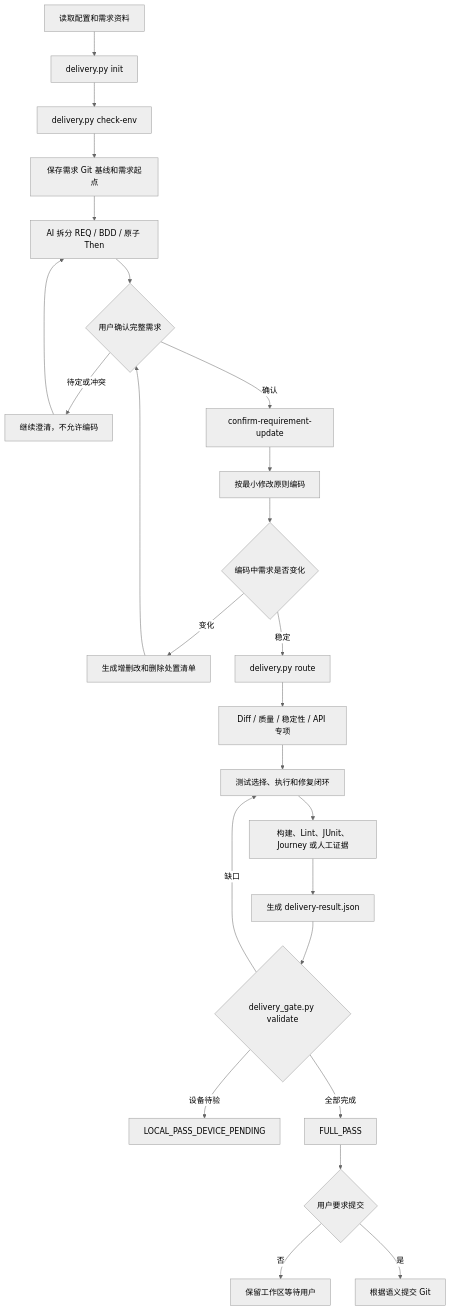
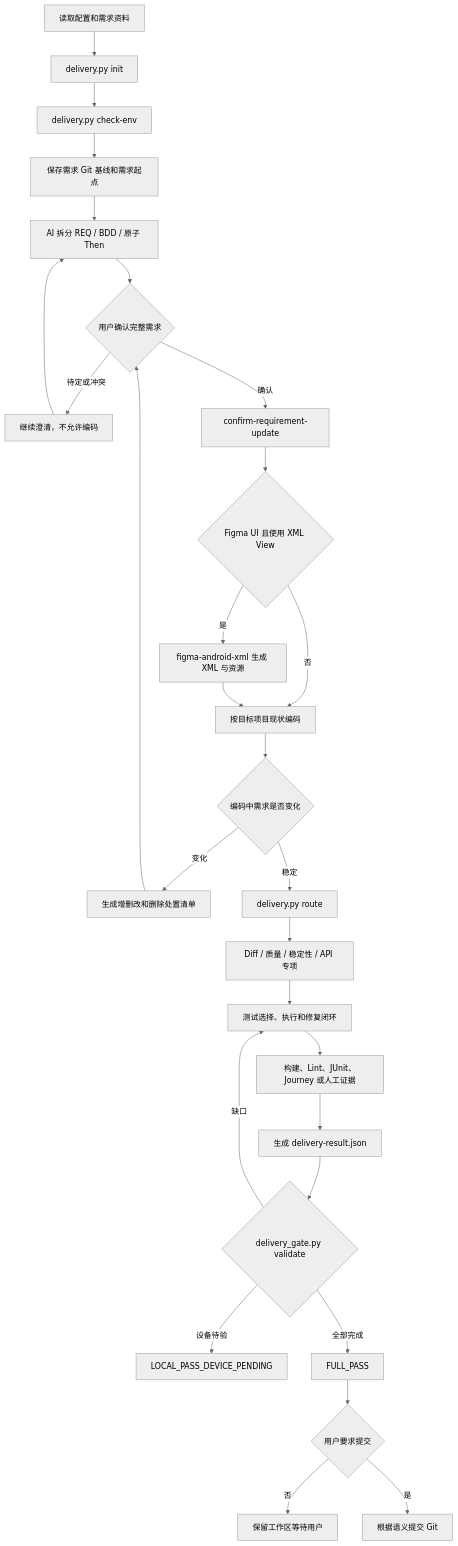
Before and after one commit to yejuntian/android-delivery-skills: the diagram in AI_DELIVERY_WORKFLOW_GUIDELINES.md, drawn with Mermaid (neutral theme). The commit also changed other lines of this file and 4 other files, not shown here.

First line of the commit message:
docs(android-delivery): 接入 Figma XML 生产与验收边界

````diff
--- a/AI_DELIVERY_WORKFLOW_GUIDELINES.md
+++ b/AI_DELIVERY_WORKFLOW_GUIDELINES.md
@@ -103,27 +106,30 @@
 ```mermaid
 flowchart TD
     A["读取配置和需求资料"] --> B["delivery.py init"]
     B --> C["delivery.py check-env"]
     C --> D["保存需求 Git 基线和需求起点"]
     D --> E["AI 拆分 REQ / BDD / 原子 Then"]
     E --> F{"用户确认完整需求"}
     F -- "待定或冲突" --> G["继续澄清，不允许编码"]
     G --> E
     F -- "确认" --> H["confirm-requirement-update"]
-    H --> I["按最小修改原则编码"]
+    H --> X{"Figma UI 且使用 XML View"}
+    X -- "是" --> Y["figma-android-xml 生成 XML 与资源"]
+    X -- "否" --> I["按目标项目现状编码"]
+    Y --> I
     I --> J{"编码中需求是否变化"}
     J -- "变化" --> K["生成增删改和删除处置清单"]
     K --> F
     J -- "稳定" --> L["delivery.py route"]
     L --> M["Diff / 质量 / 稳定性 / API 专项"]
     M --> N["测试选择、执行和修复闭环"]
     N --> O["构建、Lint、JUnit、Journey 或人工证据"]
     O --> P["生成 delivery-result.json"]
     P --> Q{"delivery_gate.py validate"}
     Q -- "缺口" --> N
     Q -- "设备待验" --> R["LOCAL_PASS_DEVICE_PENDING"]
     Q -- "全部完成" --> S["FULL_PASS"]
     S --> T{"用户要求提交"}
     T -- "否" --> U["保留工作区等待用户"]
     T -- "是" --> V["根据语义提交 Git"]
 ```
````
